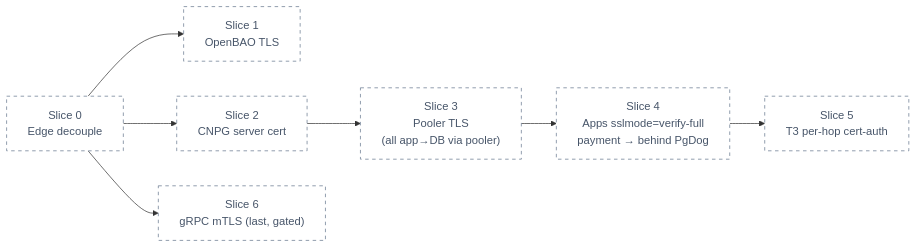
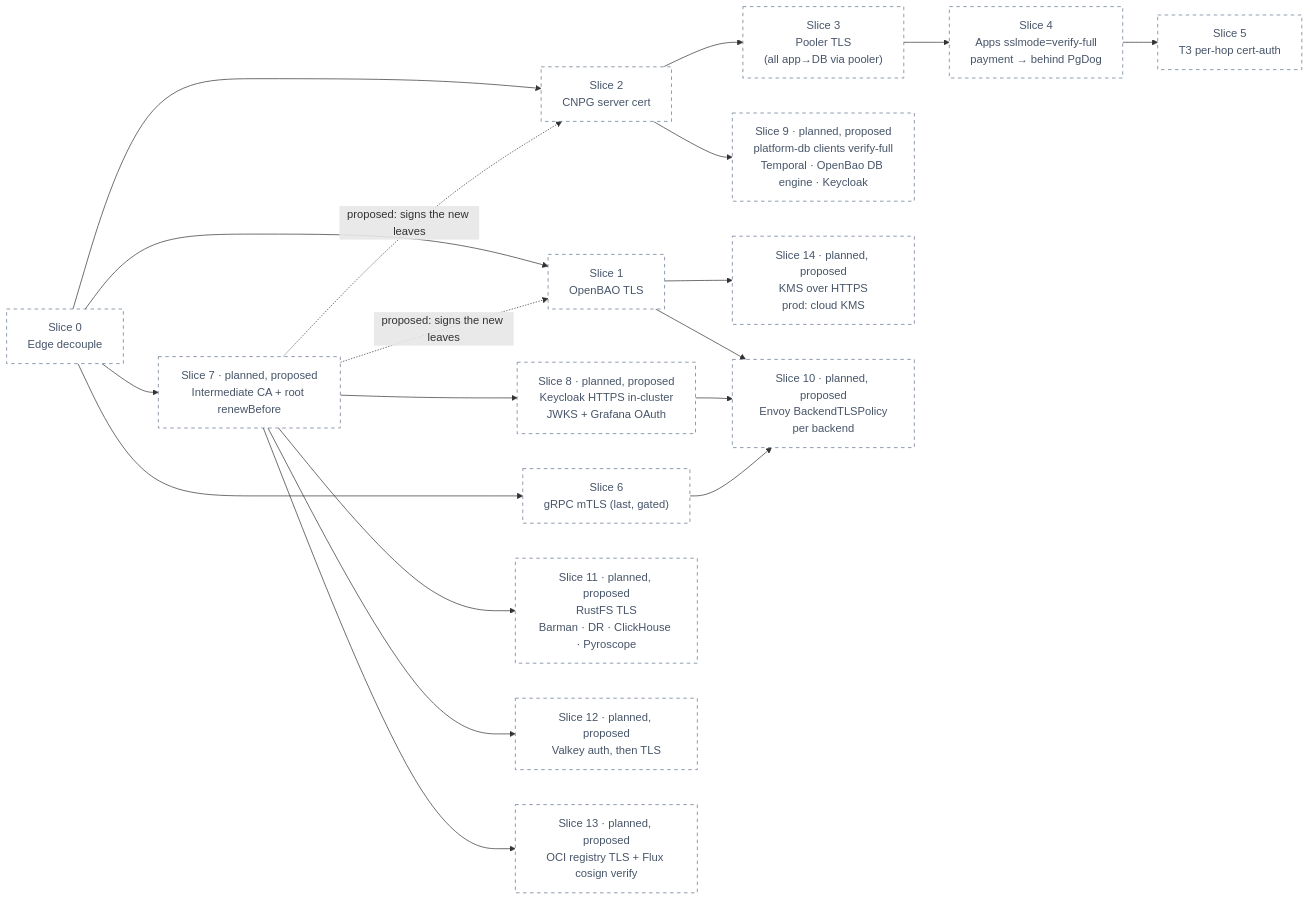
The second of 2 diagrams in docs/proposals/rfc/RFC-0020/README.md (duynhlab/homelab), drawn with Mermaid before and after one commit. The commit also changed other lines of this file and 16 other files, not shown here.

````diff
--- a/docs/proposals/rfc/RFC-0020/README.md
+++ b/docs/proposals/rfc/RFC-0020/README.md
@@ -129,12 +156,25 @@
 ```mermaid
 flowchart LR
   s0["Slice 0<br/>Edge decouple"] --> s1["Slice 1<br/>OpenBAO TLS"]
   s0 --> s2["Slice 2<br/>CNPG server cert"]
   s2 --> s3["Slice 3<br/>Pooler TLS<br/>(all app→DB via pooler)"]
   s3 --> s4["Slice 4<br/>Apps sslmode=verify-full<br/>payment → behind PgDog"]
   s4 --> s5["Slice 5<br/>T3 per-hop cert-auth"]
   s0 --> s6["Slice 6<br/>gRPC mTLS (last, gated)"]
 
+  s0 --> s7["Slice 7 · planned, proposed<br/>Intermediate CA + root renewBefore"]
+  s7 -.->|"proposed: signs the new leaves"| s1
+  s7 -.->|"proposed: signs the new leaves"| s2
+  s7 --> s8["Slice 8 · planned, proposed<br/>Keycloak HTTPS in-cluster<br/>JWKS + Grafana OAuth"]
+  s2 --> s9["Slice 9 · planned, proposed<br/>platform-db clients verify-full<br/>Temporal · OpenBao DB engine · Keycloak"]
+  s7 --> s11["Slice 11 · planned, proposed<br/>RustFS TLS<br/>Barman · DR · ClickHouse · Pyroscope"]
+  s7 --> s12["Slice 12 · planned, proposed<br/>Valkey auth, then TLS"]
+  s7 --> s13["Slice 13 · planned, proposed<br/>OCI registry TLS + Flux cosign verify"]
+  s1 --> s14["Slice 14 · planned, proposed<br/>KMS over HTTPS<br/>prod: cloud KMS"]
+  s1 --> s10["Slice 10 · planned, proposed<br/>Envoy BackendTLSPolicy<br/>per backend"]
+  s8 --> s10
+  s6 --> s10
+
   classDef planned fill:#fff,color:#475569,stroke:#64748b,stroke-dasharray:5 5;
-  class s0,s1,s2,s3,s4,s5,s6 planned;
+  class s0,s1,s2,s3,s4,s5,s6,s7,s8,s9,s10,s11,s12,s13,s14 planned;
 ```
````
